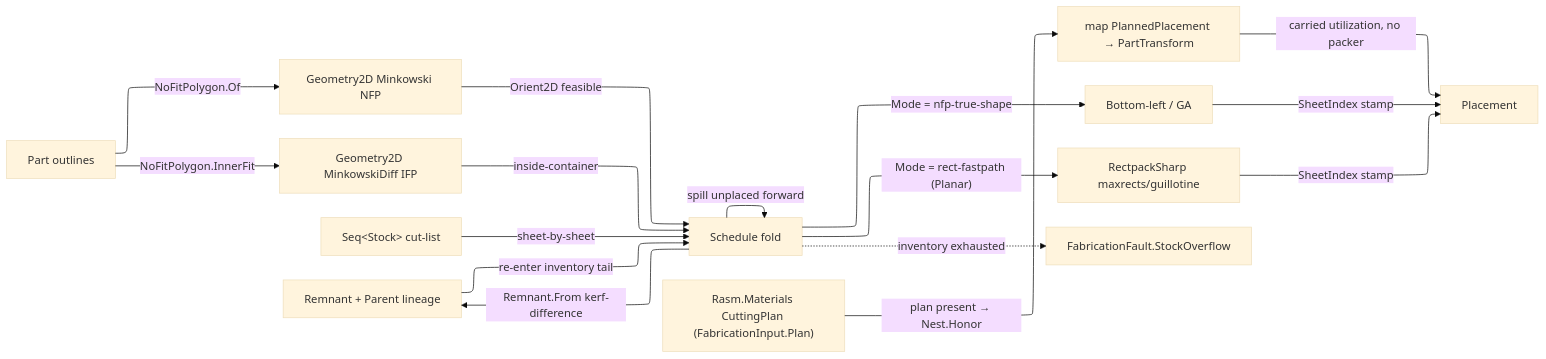
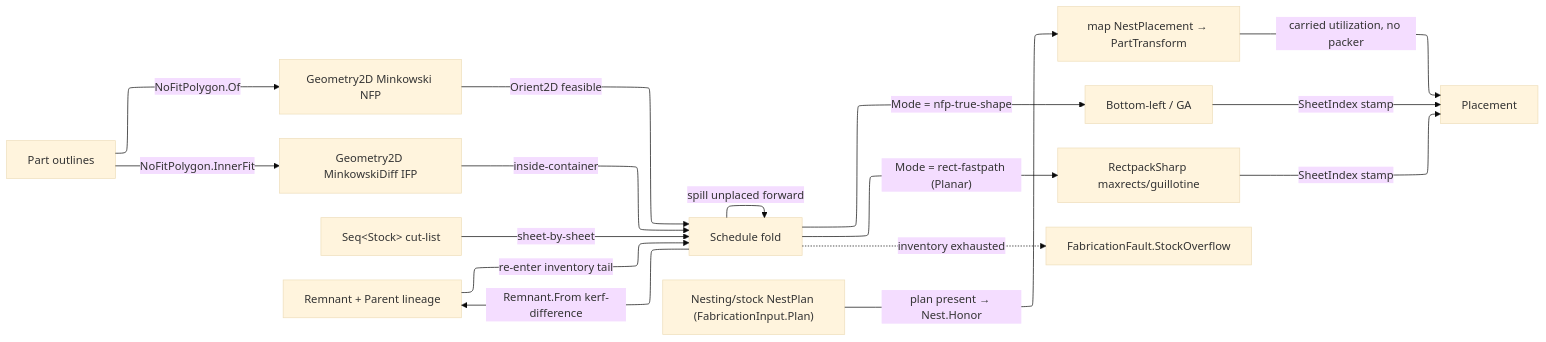
One commit to bsamiee/Rasm changed the diagram in libs/csharp/Rasm.Fabrication/.planning/Nesting/nfp.md. Above: the diagram before and after it, drawn with Mermaid. The commit also changed other lines of this file and 1074 other files, not shown here.

````diff
--- a/libs/csharp/Rasm.Fabrication/.planning/Nesting/nfp.md
+++ b/libs/csharp/Rasm.Fabrication/.planning/Nesting/nfp.md
@@ -369,23 +358,23 @@
 ```mermaid
 ---
 config:
   layout: elk
   theme: base
 ---
 flowchart LR
     Profiles["Part outlines"] -->|NoFitPolygon.Of| NFP["Geometry2D Minkowski NFP"]
     Profiles -->|NoFitPolygon.InnerFit| IFP["Geometry2D MinkowskiDiff IFP"]
     Inventory["Seq&lt;Stock&gt; cut-list"] -->|sheet-by-sheet| Schedule["Schedule fold"]
-    Plan["Rasm.Materials CuttingPlan (FabricationInput.Plan)"] -->|"plan present → Nest.Honor"| Honor["map PlannedPlacement → PartTransform"]
+    Plan["Nesting/stock NestPlan (FabricationInput.Plan)"] -->|"plan present → Nest.Honor"| Honor["map NestPlacement → PartTransform"]
     Honor -->|carried utilization, no packer| Placement
     NFP -->|Orient2D feasible| Schedule
     IFP -->|inside-container| Schedule
     Schedule -->|"Mode = nfp-true-shape"| BottomLeft["Bottom-left / GA"]
     Schedule -->|"Mode = rect-fastpath (Planar)"| Rect["RectpackSharp maxrects/guillotine"]
     BottomLeft -->|SheetIndex stamp| Placement["Placement"]
     Rect -->|SheetIndex stamp| Placement
     Schedule -->|spill unplaced forward| Schedule
     Schedule -->|"Remnant.From kerf-difference"| Remnant["Remnant + Parent lineage"]
     Remnant -->|re-enter inventory tail| Schedule
     Schedule -.->|inventory exhausted| Overflow["FabricationFault.StockOverflow"]
 ```
````
